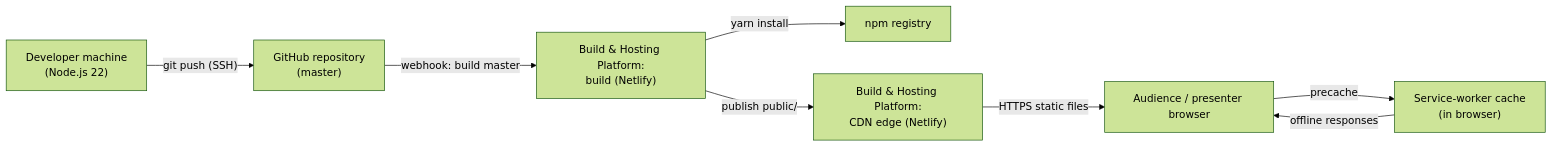
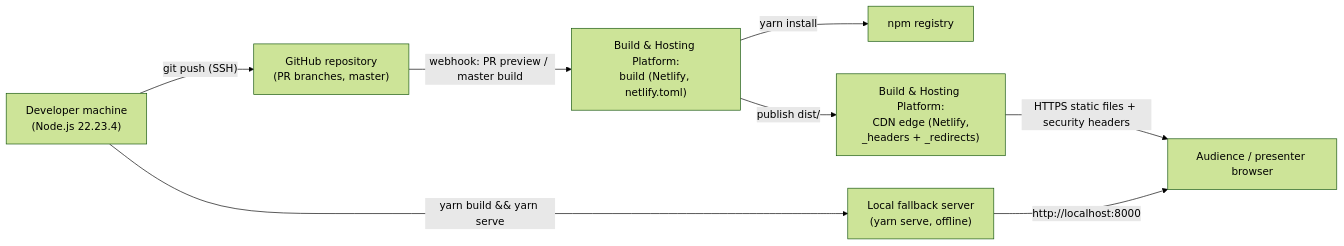
Before and after one commit to sshahar1/introduction-to-data-engineering: the diagram in .specify/architect/views/system/deployment.md, drawn with Mermaid (forest theme). The commit also changed other lines of this file and 7 other files, not shown here.

First line of the commit message:
docs: regenerate AD.md for the Astro architecture (T033)

````diff
--- a/.specify/architect/views/system/deployment.md
+++ b/.specify/architect/views/system/deployment.md
@@ -26,18 +27,18 @@
 ```mermaid
 graph LR
-    Dev["Developer machine<br/>(Node.js 22)"]
-    GH["GitHub repository<br/>(master)"]
-    NB["Build & Hosting Platform:<br/>build (Netlify)"]
+    Dev["Developer machine<br/>(Node.js 22.23.4)"]
+    GH["GitHub repository<br/>(PR branches, master)"]
+    NB["Build & Hosting Platform:<br/>build (Netlify, netlify.toml)"]
     NPM["npm registry"]
-    CDN["Build & Hosting Platform:<br/>CDN edge (Netlify)"]
+    CDN["Build & Hosting Platform:<br/>CDN edge (Netlify,<br/>_headers + _redirects)"]
     BR["Audience / presenter browser"]
-    SW["Service-worker cache<br/>(in browser)"]
+    LOCAL["Local fallback server<br/>(yarn serve, offline)"]
 
     Dev -->|"git push (SSH)"| GH
-    GH -->|"webhook: build master"| NB
+    GH -->|"webhook: PR preview / master build"| NB
     NB -->|"yarn install"| NPM
-    NB -->|"publish public/"| CDN
-    CDN -->|"HTTPS static files"| BR
-    BR -->|"precache"| SW
-    SW -->|"offline responses"| BR
+    NB -->|"publish dist/"| CDN
+    CDN -->|"HTTPS static files + security headers"| BR
+    Dev -->|"yarn build && yarn serve"| LOCAL
+    LOCAL -->|"http://localhost:8000"| BR
 ```
````
